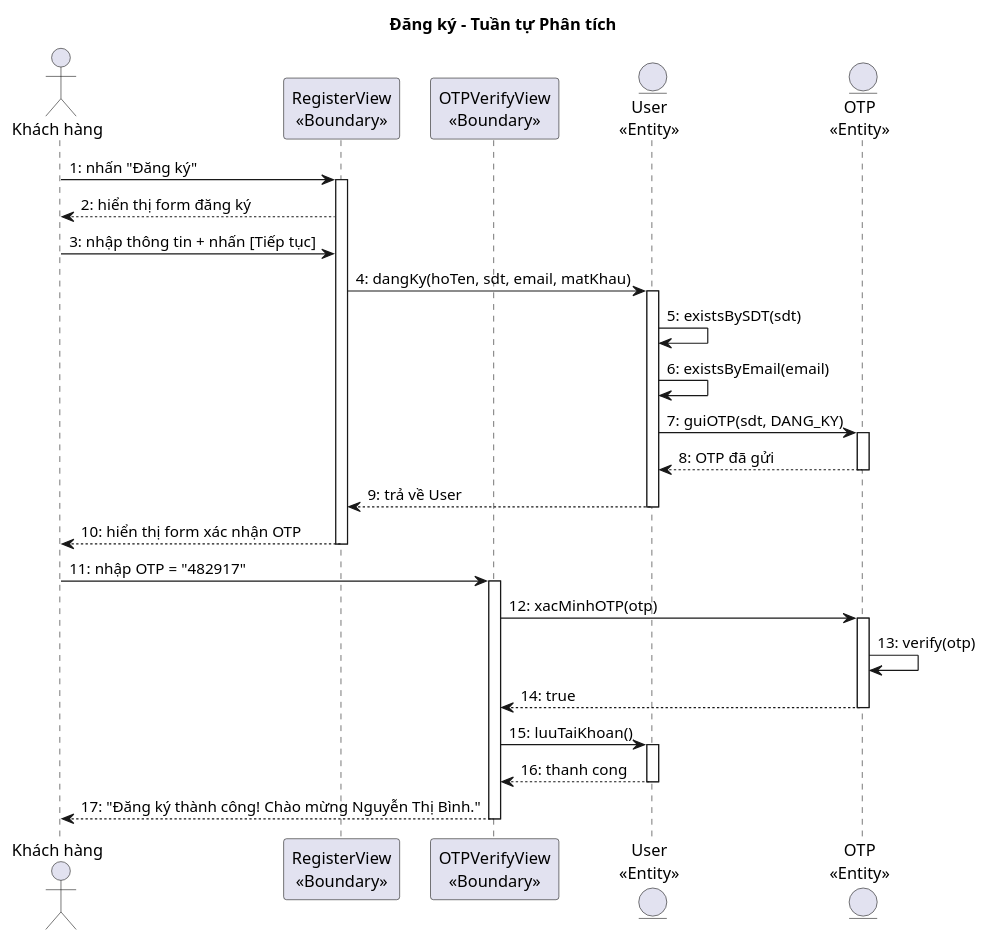
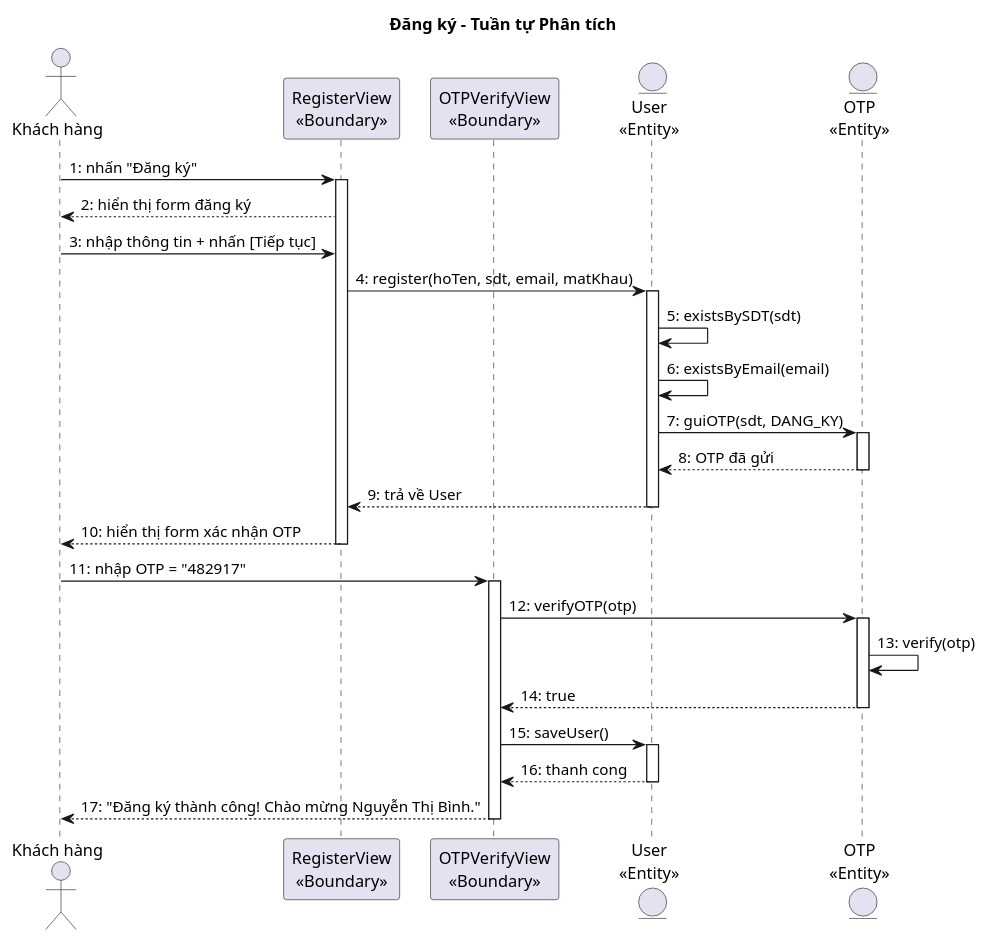
Before and after one commit to thanhtrnnn/cnpm: the second of 5 diagrams in docs/tabs/section-account-ii.md, drawn with PlantUML. The commit also changed other lines of this file and 7 other files, not shown here.

````diff
--- a/docs/tabs/section-account-ii.md
+++ b/docs/tabs/section-account-ii.md
@@ -273,42 +273,42 @@
 ```plantuml
 @startuml
 title Đăng ký – Tuần tự Phân tích
 
 actor "Khách hàng" as KH
 participant "RegisterView\n<<Boundary>>" as B1
 participant "OTPVerifyView\n<<Boundary>>" as B2
 entity "User\n<<Entity>>" as E1
 entity "OTP\n<<Entity>>" as E2
 
 KH -> B1 : 1: nhấn "Đăng ký"
 activate B1
 B1 --> KH : 2: hiển thị form đăng ký
 KH -> B1 : 3: nhập thông tin + nhấn [Tiếp tục]
-B1 -> E1 : 4: dangKy(hoTen, sdt, email, matKhau)
+B1 -> E1 : 4: register(hoTen, sdt, email, matKhau)
 activate E1
 E1 -> E1 : 5: existsBySDT(sdt)
 E1 -> E1 : 6: existsByEmail(email)
 E1 -> E2 : 7: guiOTP(sdt, DANG_KY)
 activate E2
 E2 --> E1 : 8: OTP đã gửi
 deactivate E2
 E1 --> B1 : 9: trả về User
 deactivate E1
 B1 --> KH : 10: hiển thị form xác nhận OTP
 deactivate B1
 
 KH -> B2 : 11: nhập OTP = "482917"
 activate B2
-B2 -> E2 : 12: xacMinhOTP(otp)
+B2 -> E2 : 12: verifyOTP(otp)
 activate E2
 E2 -> E2 : 13: verify(otp)
 E2 --> B2 : 14: true
 deactivate E2
-B2 -> E1 : 15: luuTaiKhoan()
+B2 -> E1 : 15: saveUser()
 activate E1
 E1 --> B2 : 16: thanh cong
 deactivate E1
 B2 --> KH : 17: "Đăng ký thành công! Chào mừng Nguyễn Thị Bình."
 deactivate B2
 @enduml
 ```
````
